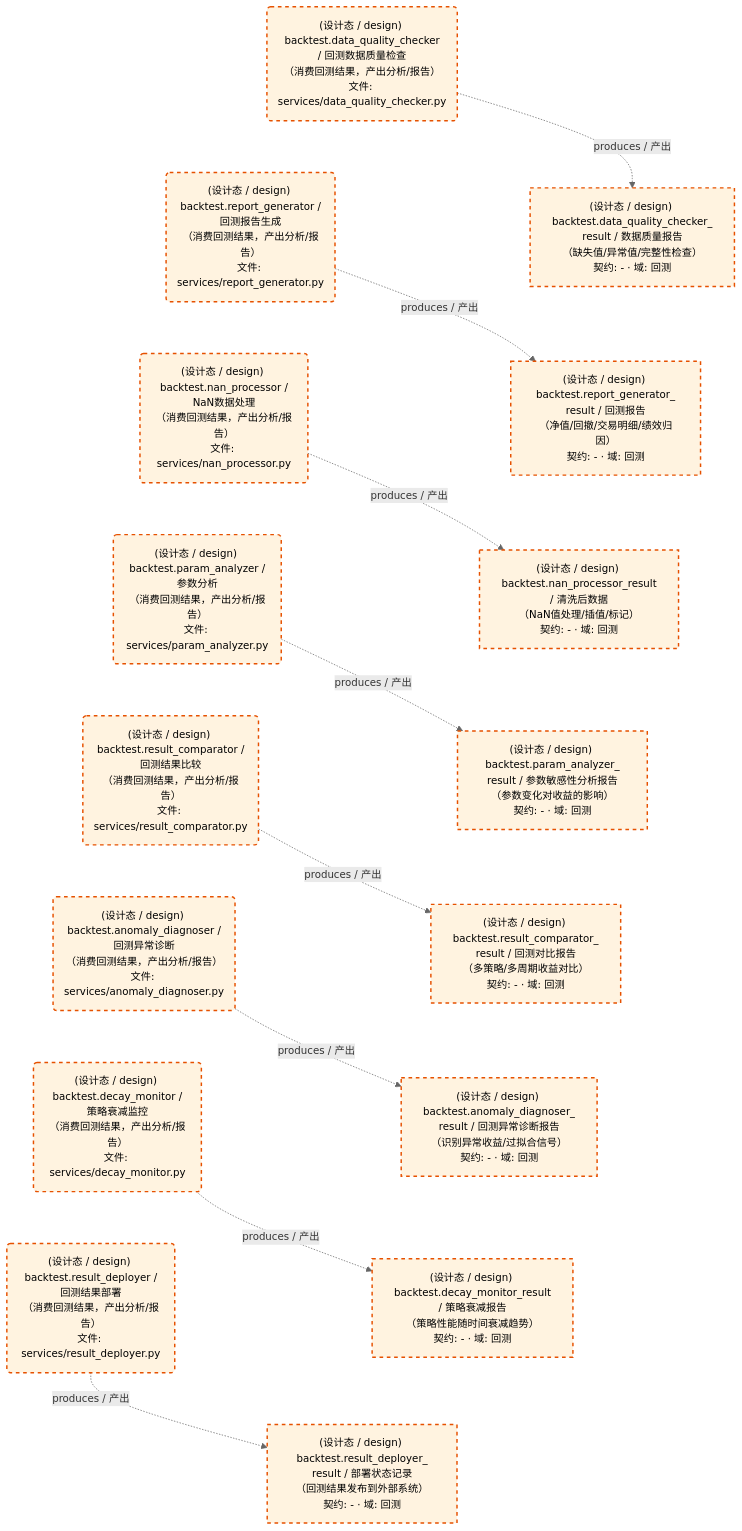
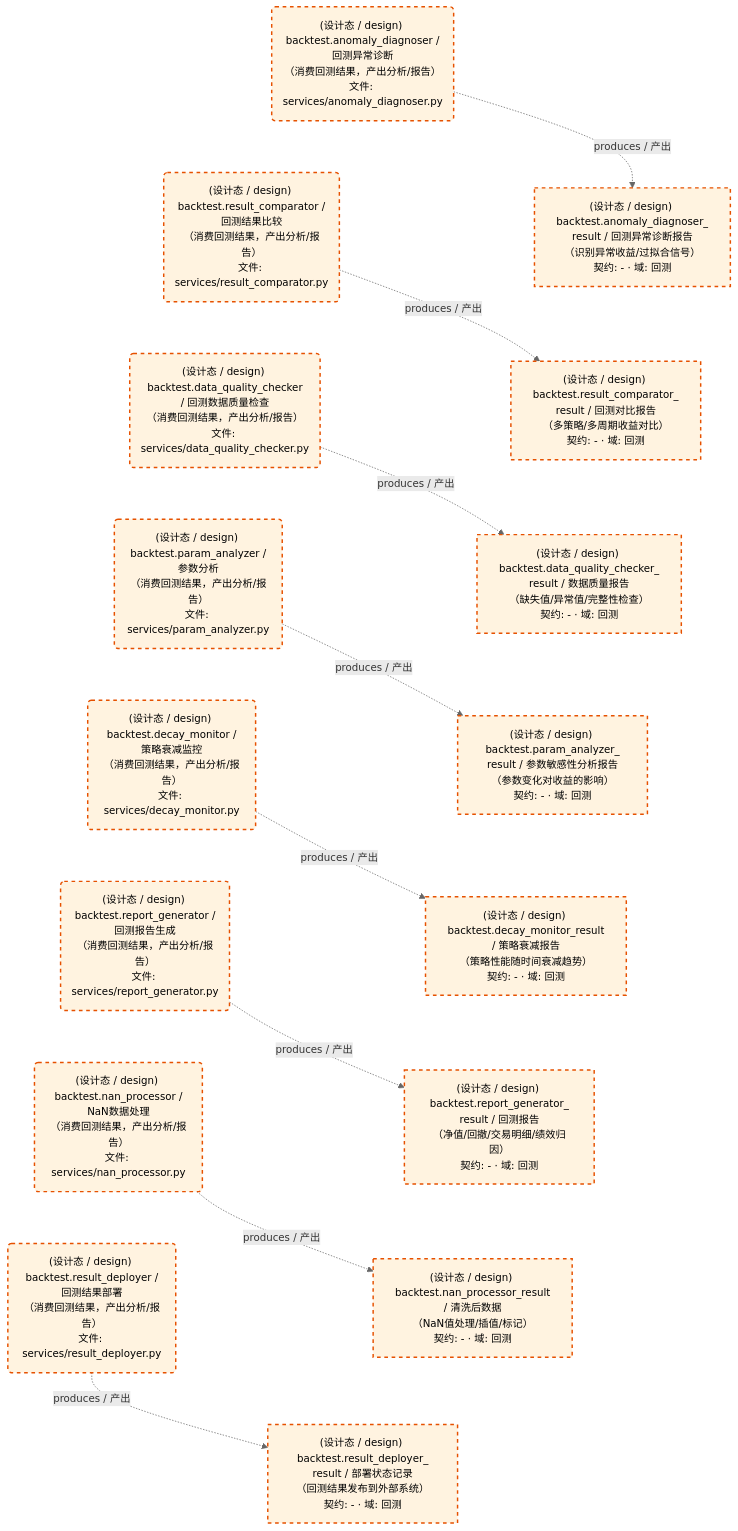
The third of 3 diagrams in docs/02_enterprise_architecture/05_dataflow_architecture/d_backtest.md (xuanFelixVan/ZephyrAlpha), drawn with Mermaid before and after one commit. The commit also changed other lines of this file and 13 other files, not shown here.

First line of the commit message:
feat(dataflow): dataflow_production.md → dataflow_panorama.md，运营态+设计态全景一张图看完

````diff
--- a/docs/02_enterprise_architecture/05_dataflow_architecture/d_backtest.md
+++ b/docs/02_enterprise_architecture/05_dataflow_architecture/d_backtest.md
@@ -160,47 +160,47 @@
 ```mermaid
 %%{init: {'theme': 'base', 'themeVariables': {'primaryColor': '#eaeaea', 'primaryTextColor': '#333333', 'primaryBorderColor': '#666666', 'lineColor': '#666666', 'secondaryColor': '#eaeaea', 'tertiaryColor': '#eaeaea', 'clusterBkg': 'transparent', 'clusterBorder': 'transparent', 'fontSize': '14px'}}}%%
 flowchart TD
     DS11245["(设计态 / design) backtest.anomaly_diagnoser_<br/>result / 回测异常诊断报告<br/>（识别异常收益/过拟合信号）<br/>契约: - · 域: 回测"]
     DS11246["(设计态 / design) backtest.data_quality_checker_<br/>result / 数据质量报告<br/>（缺失值/异常值/完整性检查）<br/>契约: - · 域: 回测"]
     DS11247["(设计态 / design) backtest.decay_monitor_result<br/>/ 策略衰减报告<br/>（策略性能随时间衰减趋势）<br/>契约: - · 域: 回测"]
     DS11248["(设计态 / design) backtest.nan_processor_result<br/>/ 清洗后数据<br/>（NaN值处理/插值/标记）<br/>契约: - · 域: 回测"]
     DS11249["(设计态 / design) backtest.param_analyzer_<br/>result / 参数敏感性分析报告<br/>（参数变化对收益的影响）<br/>契约: - · 域: 回测"]
     DS11250["(设计态 / design) backtest.report_generator_<br/>result / 回测报告<br/>（净值/回撤/交易明细/绩效归因）<br/>契约: - · 域: 回测"]
     DS11251["(设计态 / design) backtest.result_comparator_<br/>result / 回测对比报告<br/>（多策略/多周期收益对比）<br/>契约: - · 域: 回测"]
     DS11252["(设计态 / design) backtest.result_deployer_<br/>result / 部署状态记录<br/>（回测结果发布到外部系统）<br/>契约: - · 域: 回测"]
     JOB757609("(设计态 / design) backtest.anomaly_diagnoser /<br/>回测异常诊断<br/>（消费回测结果，产出分析/报告）<br/>文件: services/anomaly_diagnoser.py")
     JOB757610("(设计态 / design) backtest.data_quality_checker<br/>/ 回测数据质量检查<br/>（消费回测结果，产出分析/报告）<br/>文件: services/data_quality_checker.py")
     JOB757611("(设计态 / design) backtest.decay_monitor /<br/>策略衰减监控<br/>（消费回测结果，产出分析/报告）<br/>文件: services/decay_monitor.py")
     JOB757612("(设计态 / design) backtest.nan_processor /<br/>NaN数据处理<br/>（消费回测结果，产出分析/报告）<br/>文件: services/nan_processor.py")
     JOB757613("(设计态 / design) backtest.param_analyzer /<br/>参数分析<br/>（消费回测结果，产出分析/报告）<br/>文件: services/param_analyzer.py")
     JOB757614("(设计态 / design) backtest.report_generator /<br/>回测报告生成<br/>（消费回测结果，产出分析/报告）<br/>文件: services/report_generator.py")
     JOB757615("(设计态 / design) backtest.result_comparator /<br/>回测结果比较<br/>（消费回测结果，产出分析/报告）<br/>文件: services/result_comparator.py")
     JOB757616("(设计态 / design) backtest.result_deployer /<br/>回测结果部署<br/>（消费回测结果，产出分析/报告）<br/>文件: services/result_deployer.py")
     JOB757609 -.->|produces / 产出| DS11245
     JOB757610 -.->|produces / 产出| DS11246
     JOB757611 -.->|produces / 产出| DS11247
     JOB757612 -.->|produces / 产出| DS11248
     JOB757613 -.->|produces / 产出| DS11249
     JOB757614 -.->|produces / 产出| DS11250
     JOB757615 -.->|produces / 产出| DS11251
     JOB757616 -.->|produces / 产出| DS11252
-    JOB757610 ~~~ JOB757614
+    JOB757609 ~~~ JOB757615
+    JOB757615 ~~~ JOB757610
+    JOB757610 ~~~ JOB757613
+    JOB757613 ~~~ JOB757611
+    JOB757611 ~~~ JOB757614
     JOB757614 ~~~ JOB757612
-    JOB757612 ~~~ JOB757613
-    JOB757613 ~~~ JOB757615
-    JOB757615 ~~~ JOB757609
-    JOB757609 ~~~ JOB757611
-    JOB757611 ~~~ JOB757616
-    DS11246 ~~~ DS11250
+    JOB757612 ~~~ JOB757616
+    DS11245 ~~~ DS11251
+    DS11251 ~~~ DS11246
+    DS11246 ~~~ DS11249
+    DS11249 ~~~ DS11247
+    DS11247 ~~~ DS11250
     DS11250 ~~~ DS11248
-    DS11248 ~~~ DS11249
-    DS11249 ~~~ DS11251
-    DS11251 ~~~ DS11245
-    DS11245 ~~~ DS11247
-    DS11247 ~~~ DS11252
+    DS11248 ~~~ DS11252
     classDef production fill:#e1f5fe,stroke:#01579b,stroke-width:2px,color:#000
     classDef design fill:#fff3e0,stroke:#e65100,stroke-width:2px,color:#000,stroke-dasharray: 5 5
     classDef external_prod fill:#e8f4fd,stroke:#0277bd,stroke-width:1px,color:#000
     classDef external_design fill:#fff8e7,stroke:#ef6c00,stroke-width:1px,color:#000,stroke-dasharray: 5 5
     class DS11245,DS11246,DS11247,DS11248,DS11249,DS11250,DS11251,DS11252,JOB757609,JOB757610,JOB757611,JOB757612,JOB757613,JOB757614,JOB757615,JOB757616 design
 ```
````
